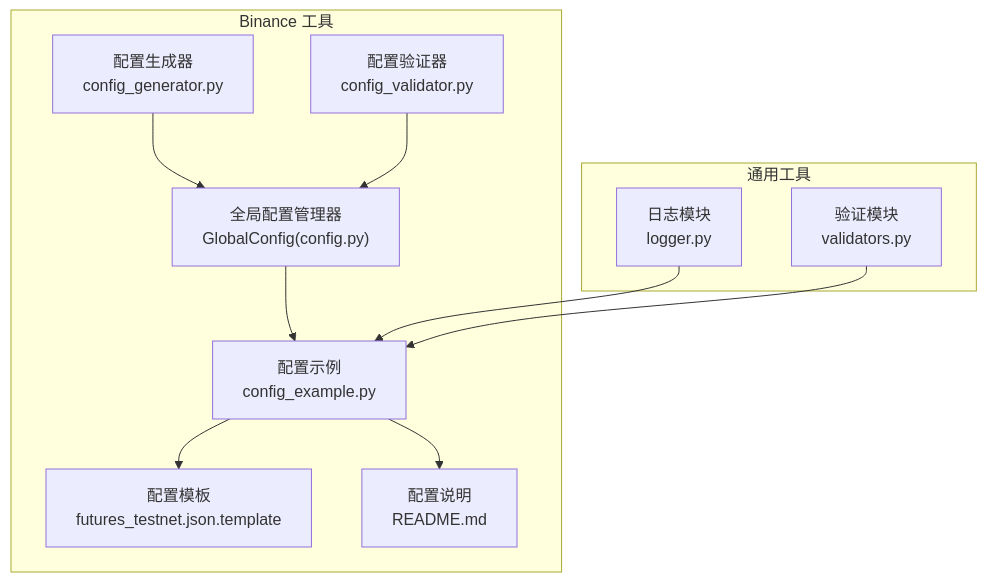
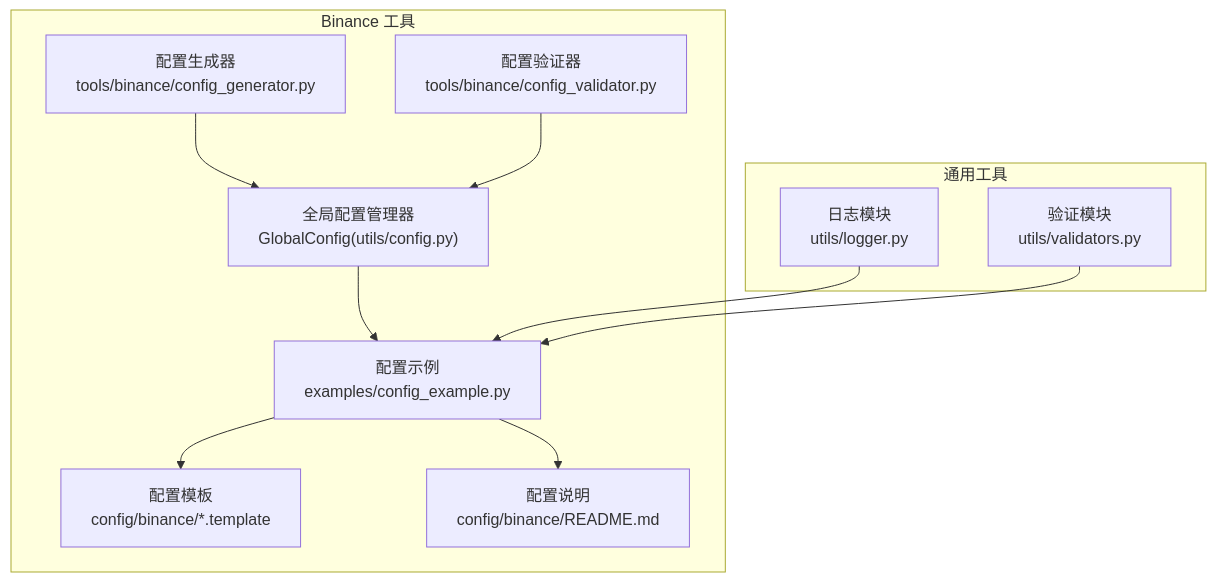
One commit to bench-prog/backtrader changed the first of 9 diagrams in .qoder/repowiki/zh/content/实盘交易模块/Binance交易所集成/工具函数库.md. Above: the diagram before and after it, drawn with Mermaid. The commit also changed other lines of this file and 40 other files, not shown here.

````diff
--- a/.qoder/repowiki/zh/content/实盘交易模块/Binance交易所集成/工具函数库.md
+++ b/.qoder/repowiki/zh/content/实盘交易模块/Binance交易所集成/工具函数库.md
@@ -57,22 +58,22 @@
 ```mermaid
 graph TB
 subgraph "Binance 工具"
-CG["配置生成器<br/>config_generator.py"]
-CV["配置验证器<br/>config_validator.py"]
-GC["全局配置管理器<br/>GlobalConfig(config.py)"]
-EX["配置示例<br/>config_example.py"]
-CT["配置模板<br/>futures_testnet.json.template"]
-CS["配置说明<br/>README.md"]
+CG["配置生成器<br/>tools/binance/config_generator.py"]
+CV["配置验证器<br/>tools/binance/config_validator.py"]
+GC["全局配置管理器<br/>GlobalConfig(utils/config.py)"]
+EX["配置示例<br/>examples/config_example.py"]
+CT["配置模板<br/>config/binance/*.template"]
+CS["配置说明<br/>config/binance/README.md"]
 end
 subgraph "通用工具"
-L["日志模块<br/>logger.py"]
-V["验证模块<br/>validators.py"]
+L["日志模块<br/>utils/logger.py"]
+V["验证模块<br/>utils/validators.py"]
 end
 CG --> GC
 CV --> GC
 GC --> EX
 EX --> CT
 EX --> CS
 L --> EX
 V --> EX
 ```
````
